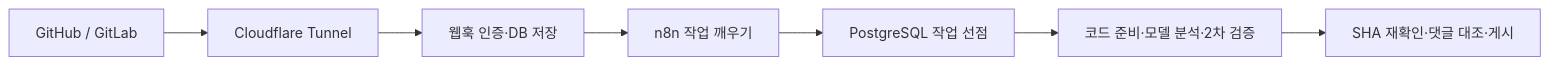
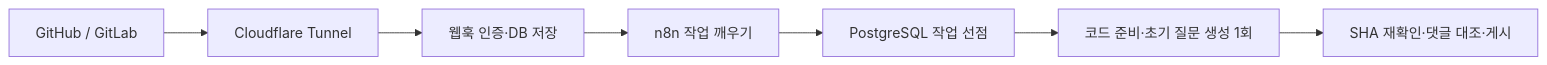
Before and after one commit to thisis-joe/codereviewbot: the diagram in README.md, drawn with Mermaid. The commit also changed other lines of this file and 5 other files, not shown here.

````diff
--- a/README.md
+++ b/README.md
@@ -41,9 +41,9 @@
 ```mermaid
 flowchart LR
   Git[GitHub / GitLab] --> Tunnel[Cloudflare Tunnel]
   Tunnel --> API[웹훅 인증·DB 저장]
   API --> N8N[n8n 작업 깨우기]
   N8N --> Queue[PostgreSQL 작업 선점]
-  Queue --> Review[코드 준비·모델 분석·2차 검증]
-  Review --> Publish[SHA 재확인·댓글 대조·게시]
+  Queue --> Questions[코드 준비·초기 질문 생성 1회]
+  Questions --> Publish[SHA 재확인·댓글 대조·게시]
 ```
````
